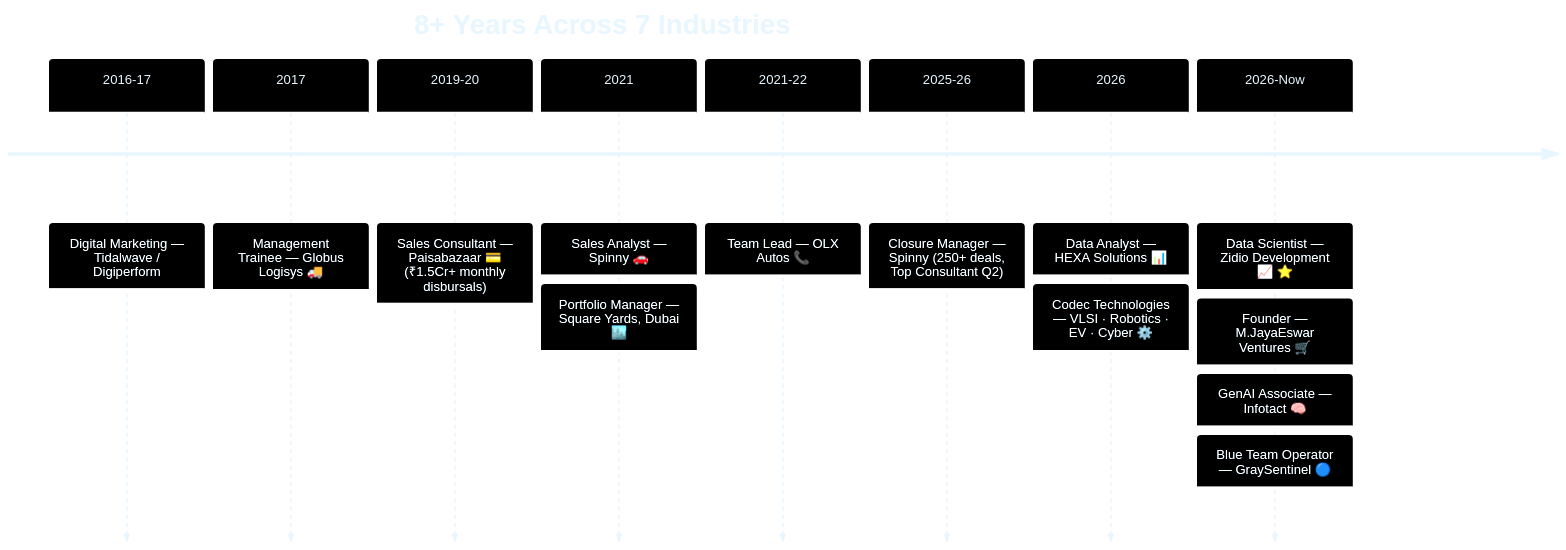
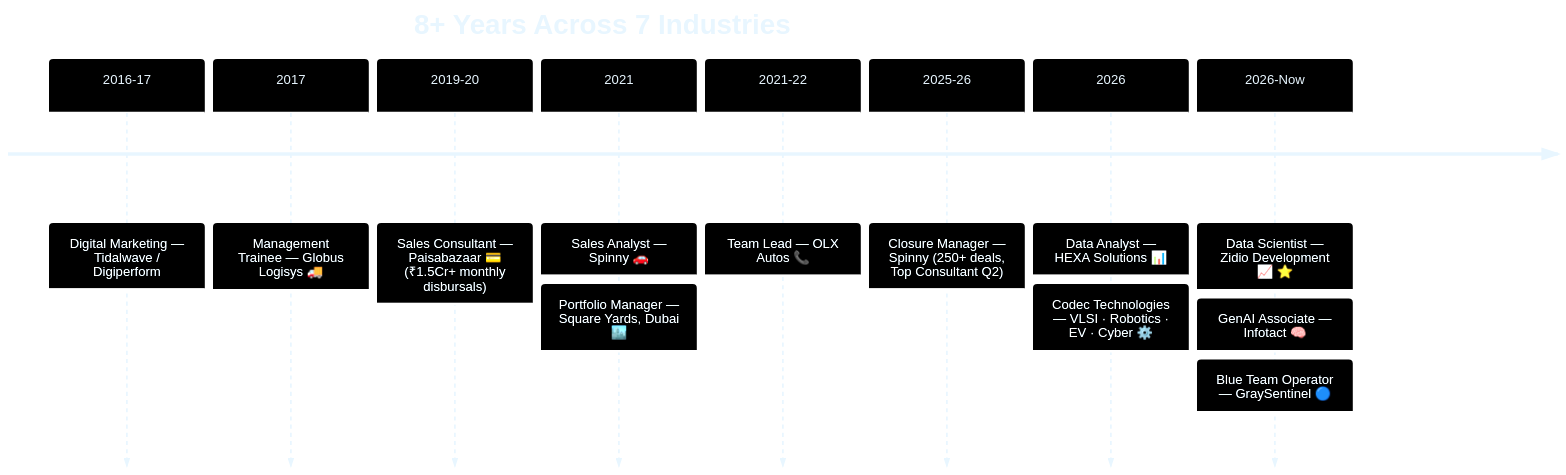
The diagram in README.md (Eswar5313/Eswar5313), drawn with Mermaid before and after one commit. The commit also changed other lines of this file and 22 other files, not shown here.

````diff
--- a/README.md
+++ b/README.md
@@ -259,13 +229,13 @@
 ```mermaid
 %%{init: {'theme':'base','themeVariables':{'primaryColor':'#0B1026','primaryTextColor':'#E8F6FF','primaryBorderColor':'#00E5FF','lineColor':'#B388FF','secondaryColor':'#12062B','tertiaryColor':'#1B1F4B','fontFamily':'Orbitron, Segoe UI, sans-serif'}}}%%
 timeline
     title 8+ Years Across 7 Industries
     2016-17 : Digital Marketing — Tidalwave / Digiperform
     2017 : Management Trainee — Globus Logisys 🚚
     2019-20 : Sales Consultant — Paisabazaar 💳 (₹1.5Cr+ monthly disbursals)
     2021 : Sales Analyst — Spinny 🚗 : Portfolio Manager — Square Yards, Dubai 🏙️
     2021-22 : Team Lead — OLX Autos 📞
     2025-26 : Closure Manager — Spinny (250+ deals, Top Consultant Q2)
     2026 : Data Analyst — HEXA Solutions 📊 : Codec Technologies — VLSI · Robotics · EV · Cyber ⚙️
-    2026-Now : Data Scientist — Zidio Development 📈 ⭐ : Founder — M.JayaEswar Ventures 🛒 : GenAI Associate — Infotact 🧠 : Blue Team Operator — GraySentinel 🔵
+    2026-Now : Data Scientist — Zidio Development 📈 ⭐ : GenAI Associate — Infotact 🧠 : Blue Team Operator — GraySentinel 🔵
 ```
````
